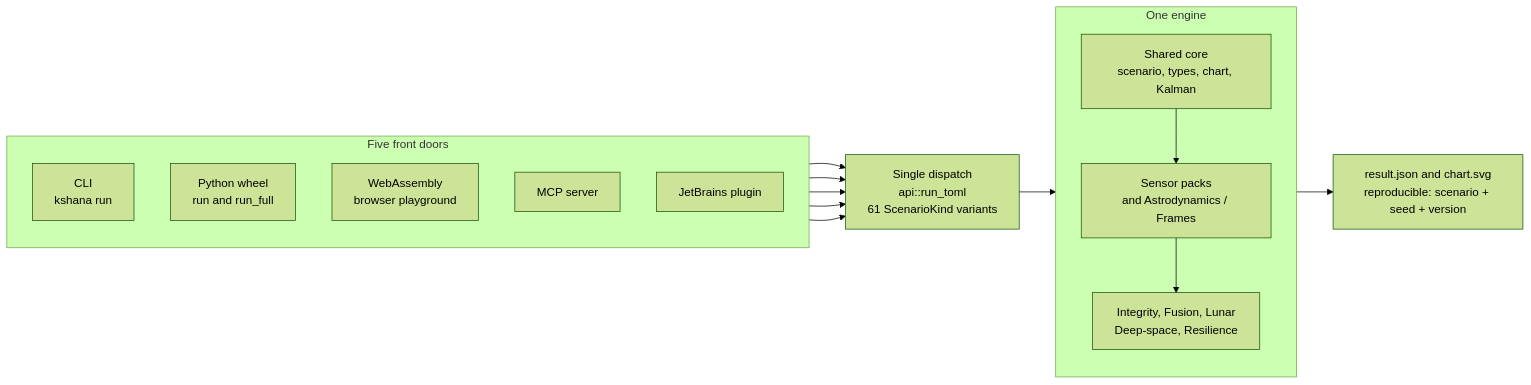
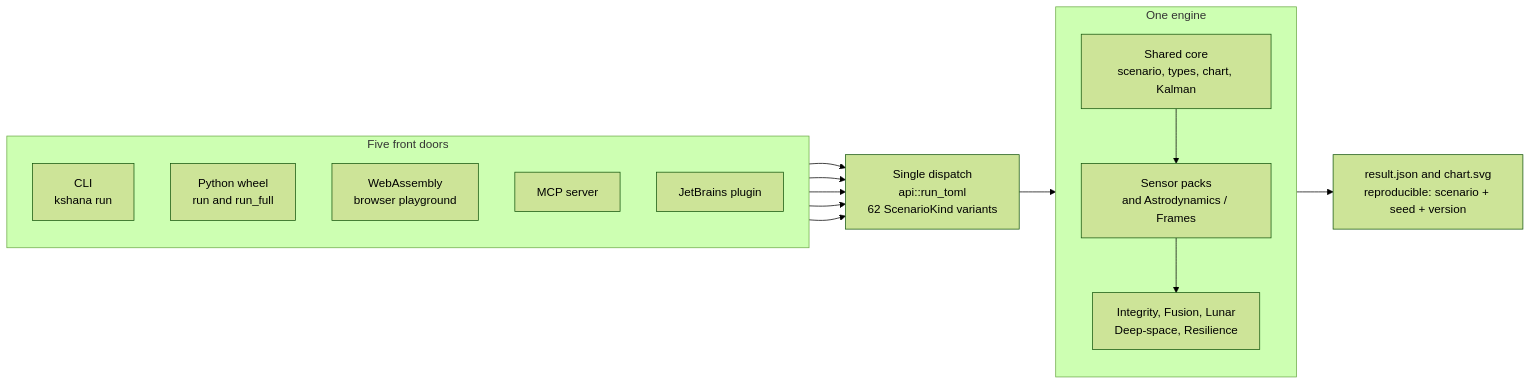
The diagram in docs/diagrams/system-overview.mmd (ashfordeOU/kshana), drawn with Mermaid (forest theme) before and after one commit. The commit also changed 48 other files, not shown here.

```diff
--- a/docs/diagrams/system-overview.mmd
+++ b/docs/diagrams/system-overview.mmd
@@ -1,31 +1,31 @@
 flowchart LR
     subgraph DOORS[Five front doors]
         direction TB
         CLI[CLI<br/>kshana run]
         PY[Python wheel<br/>run and run_full]
         WASM[WebAssembly<br/>browser playground]
         MCP[MCP server]
         IDE[JetBrains plugin]
     end
 
-    DISPATCH[Single dispatch<br/>api::run_toml<br/>61 ScenarioKind variants]
+    DISPATCH[Single dispatch<br/>api::run_toml<br/>62 ScenarioKind variants]
 
     subgraph ENGINE[One engine]
         direction TB
         CORE[Shared core<br/>scenario, types, chart, Kalman]
         PACKS[Sensor packs<br/>and Astrodynamics / Frames]
         DOMAIN[Integrity, Fusion, Lunar<br/>Deep-space, Resilience]
         CORE --> PACKS
         PACKS --> DOMAIN
     end
 
     OUT[result.json and chart.svg<br/>reproducible: scenario + seed + version]
 
     CLI --> DISPATCH
     PY --> DISPATCH
     WASM --> DISPATCH
     MCP --> DISPATCH
     IDE --> DISPATCH
 
     DISPATCH --> ENGINE
     ENGINE --> OUT
```
